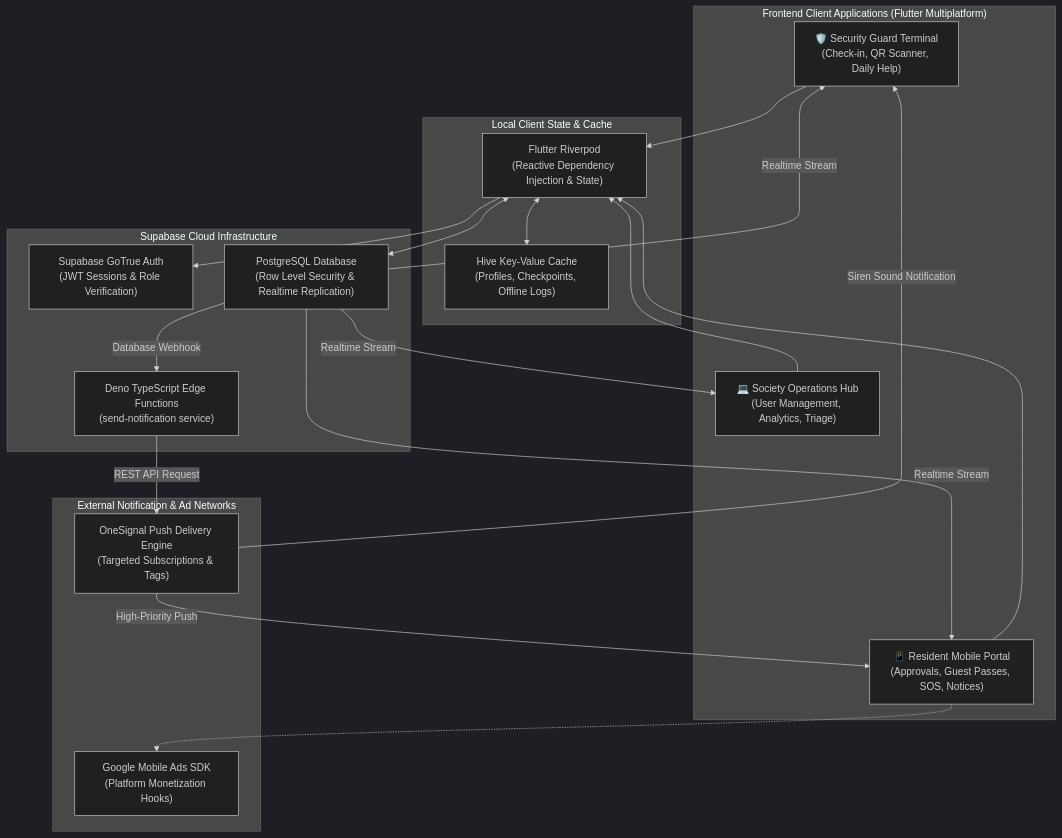
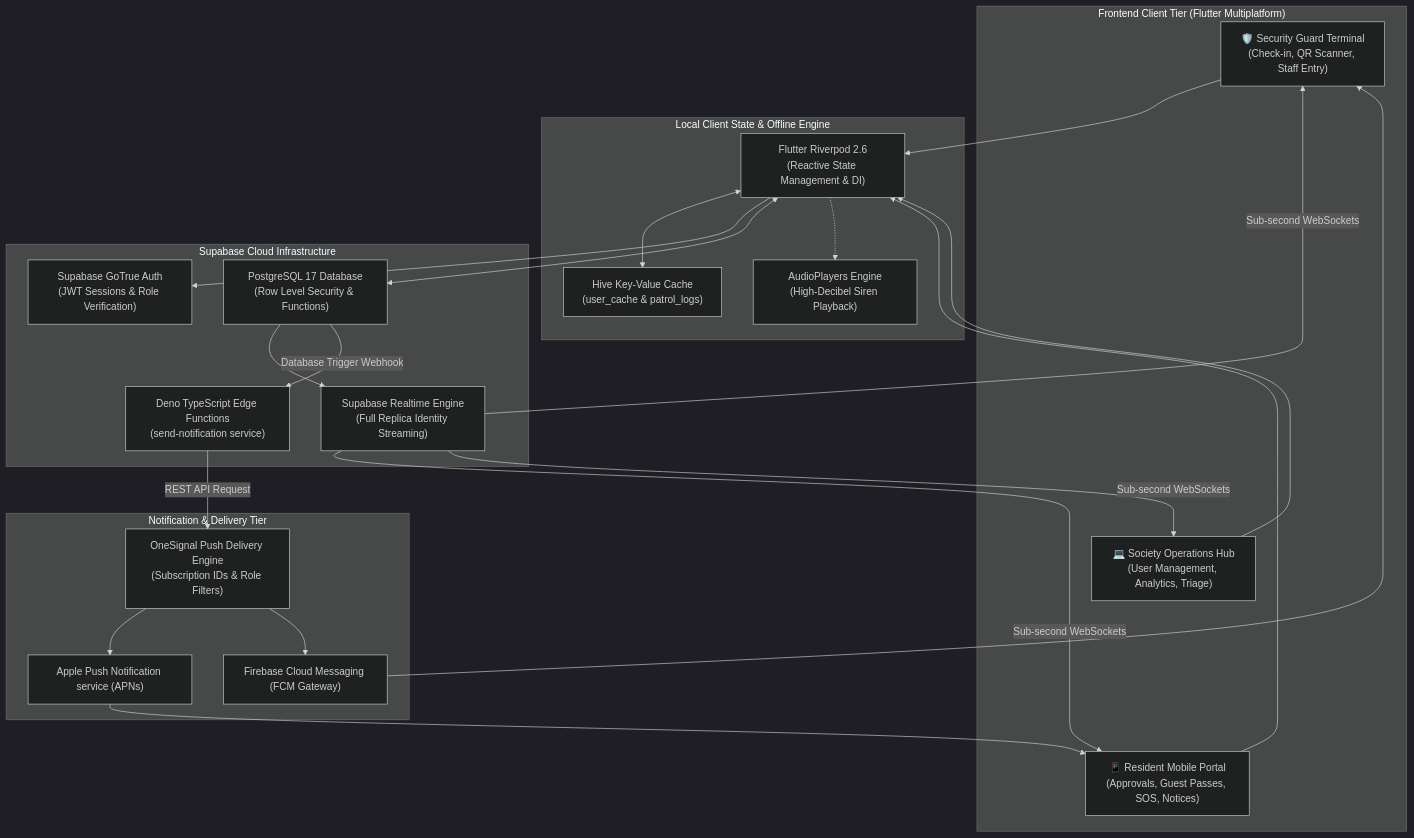
The first of 6 diagrams in README.md (Coderaryanyadav/ApnaGate), drawn with Mermaid (dark theme) before and after one commit. The commit also changed other lines of this file, not shown here.

Commit message:
docs: enrich README with system architecture, state diagrams, ERD, and flow patterns

````diff
--- a/README.md
+++ b/README.md
@@ -65,43 +89,48 @@
 ```mermaid
 flowchart TD
-    subgraph Clients["Frontend Client Applications (Flutter Multiplatform)"]
-        Guard["🛡️ Security Guard Terminal\n(Check-in, QR Scanner, Daily Help)"]
-        Resident["📱 Resident Mobile Portal\n(Approvals, Guest Passes, SOS, Notices)"]
-        Admin["💻 Society Operations Hub\n(User Management, Analytics, Triage)"]
+    subgraph Clients["Frontend Client Tier (Flutter Multiplatform)"]
+        Guard["🛡️ Security Guard Terminal<br/>(Check-in, QR Scanner, Staff Entry)"]
+        Resident["📱 Resident Mobile Portal<br/>(Approvals, Guest Passes, SOS, Notices)"]
+        Admin["💻 Society Operations Hub<br/>(User Management, Analytics, Triage)"]
     end
 
-    subgraph StateAndStorage["Local Client State & Cache"]
-        Riverpod["Flutter Riverpod\n(Reactive Dependency Injection & State)"]
-        HiveDB["Hive Key-Value Cache\n(Profiles, Checkpoints, Offline Logs)"]
+    subgraph StateAndStorage["Local Client State & Offline Engine"]
+        Riverpod["Flutter Riverpod 2.6<br/>(Reactive State Management & DI)"]
+        HiveDB["Hive Key-Value Cache<br/>(user_cache & patrol_logs)"]
+        AlarmAudio["AudioPlayers Engine<br/>(High-Decibel Siren Playback)"]
     end
 
     subgraph CloudBackend["Supabase Cloud Infrastructure"]
-        SupaAuth["Supabase GoTrue Auth\n(JWT Sessions & Role Verification)"]
-        Postgres["PostgreSQL Database\n(Row Level Security & Realtime Replication)"]
-        EdgeFunc["Deno TypeScript Edge Functions\n(send-notification service)"]
+        SupaAuth["Supabase GoTrue Auth<br/>(JWT Sessions & Role Verification)"]
+        Postgres["PostgreSQL 17 Database<br/>(Row Level Security & Functions)"]
+        RealtimePub["Supabase Realtime Engine<br/>(Full Replica Identity Streaming)"]
+        EdgeFunc["Deno TypeScript Edge Functions<br/>(send-notification service)"]
     end
 
-    subgraph ThirdParty["External Notification & Ad Networks"]
-        OneSignal["OneSignal Push Delivery Engine\n(Targeted Subscriptions & Tags)"]
-        AdMob["Google Mobile Ads SDK\n(Platform Monetization Hooks)"]
+    subgraph PushGateway["Notification & Delivery Tier"]
+        OneSignal["OneSignal Push Delivery Engine<br/>(Subscription IDs & Role Filters)"]
+        APNs["Apple Push Notification service (APNs)"]
+        FCM["Firebase Cloud Messaging (FCM Gateway)"]
     end
 
     Guard --> Riverpod
     Resident --> Riverpod
     Admin --> Riverpod
 
     Riverpod <--> HiveDB
     Riverpod --> SupaAuth
     Riverpod <--> Postgres
+    Riverpod -.-> AlarmAudio
 
-    Postgres -->|Realtime Stream| Guard
-    Postgres -->|Realtime Stream| Resident
-    Postgres -->|Realtime Stream| Admin
+    Postgres --> RealtimePub
+    RealtimePub -->|Sub-second WebSockets| Guard
+    RealtimePub -->|Sub-second WebSockets| Resident
+    RealtimePub -->|Sub-second WebSockets| Admin
 
-    Postgres -->|Database Webhook| EdgeFunc
+    Postgres -->|Database Trigger Webhook| EdgeFunc
     EdgeFunc -->|REST API Request| OneSignal
-    OneSignal -->|High-Priority Push| Resident
-    OneSignal -->|Siren Sound Notification| Guard
-
-    Resident -.-> AdMob
+    OneSignal --> APNs
+    OneSignal --> FCM
+    APNs --> Resident
+    FCM --> Guard
 ```
````
